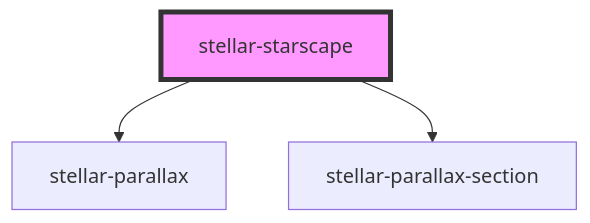
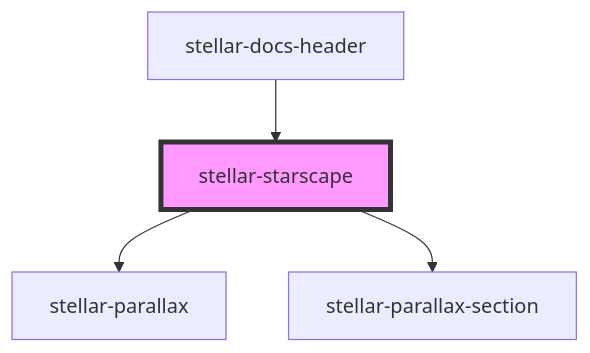
Before and after one commit to splitinfinities/Stellar: the diagram in src/components/helpers/starscape/readme.md, drawn with Mermaid. The commit also changed other lines of this file and 50 other files, not shown here.

````diff
--- a/src/components/helpers/starscape/readme.md
+++ b/src/components/helpers/starscape/readme.md
@@ -16,6 +20,7 @@
 ```mermaid
 graph TD;
   stellar-starscape --> stellar-parallax
   stellar-starscape --> stellar-parallax-section
+  stellar-docs-header --> stellar-starscape
   style stellar-starscape fill:#f9f,stroke:#333,stroke-width:4px
 ```
````
